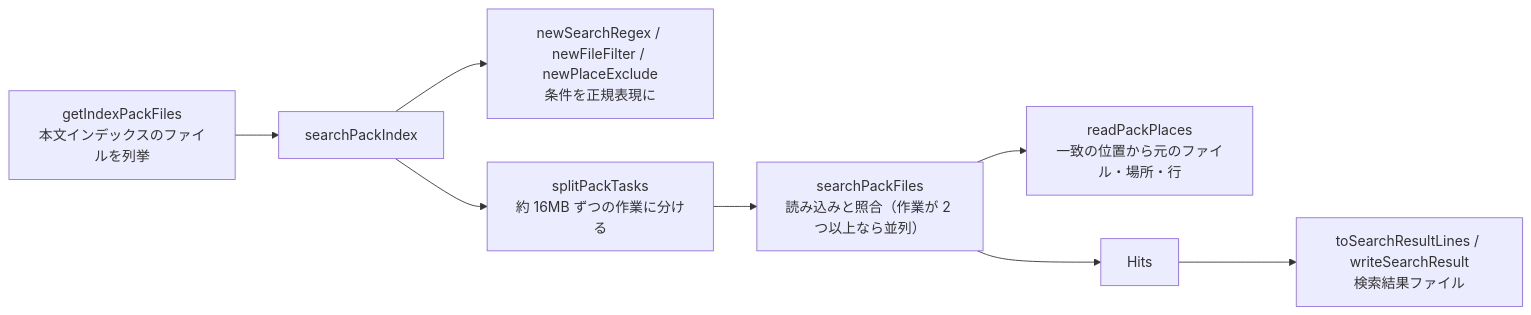
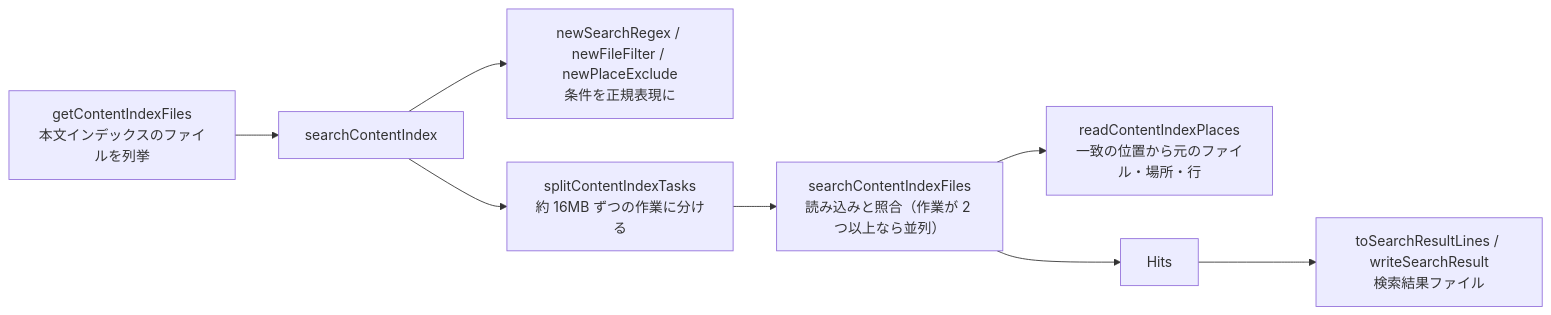
Before and after one commit to hsgwa/tebunko: the diagram in docs/design/reference/search.md, drawn with Mermaid. The commit also changed other lines of this file and 81 other files, not shown here.

First line of the commit message:
refactor: 集約ファイル（pack）のコードの名前を本文インデックス（contentIndex）に改める (#185)

````diff
--- a/docs/design/reference/search.md
+++ b/docs/design/reference/search.md
@@ -7,10 +7,10 @@
 ```mermaid
 flowchart LR
-    A["getIndexPackFiles<br>本文インデックスのファイルを列挙"] --> B["searchPackIndex"]
+    A["getContentIndexFiles<br>本文インデックスのファイルを列挙"] --> B["searchContentIndex"]
     B --> C["newSearchRegex / newFileFilter / newPlaceExclude<br>条件を正規表現に"]
-    B --> T["splitPackTasks<br>約 16MB ずつの作業に分ける"]
-    T --> E["searchPackFiles<br>読み込みと照合（作業が 2 つ以上なら並列）"]
-    E --> P["readPackPlaces<br>一致の位置から元のファイル・場所・行"]
+    B --> T["splitContentIndexTasks<br>約 16MB ずつの作業に分ける"]
+    T --> E["searchContentIndexFiles<br>読み込みと照合（作業が 2 つ以上なら並列）"]
+    E --> P["readContentIndexPlaces<br>一致の位置から元のファイル・場所・行"]
     E --> F["Hits"]
     F --> G["toSearchResultLines / writeSearchResult<br>検索結果ファイル"]
 ```
````
